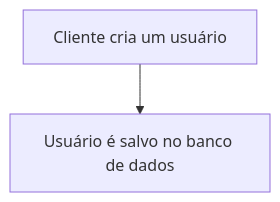
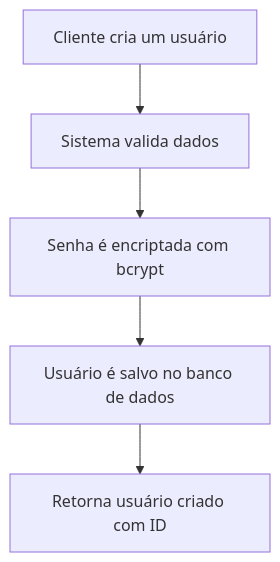
The first of 9 diagrams in readme.md (GabrHenr/BackEnd-TechPostSystem), drawn with Mermaid before and after one commit. The commit also changed other lines of this file and 6 other files, not shown here.

````diff
--- a/readme.md
+++ b/readme.md
@@ -89,4 +172,7 @@
 ```mermaid
 flowchart TD
-    A[Cliente cria um usuário ] --> B[Usuário é salvo no banco de dados]
+    A[Cliente cria um usuário] --> B[Sistema valida dados]
+    B --> C[Senha é encriptada com bcrypt]
+    C --> D[Usuário é salvo no banco de dados]
+    D --> E[Retorna usuário criado com ID]
 ```
````
